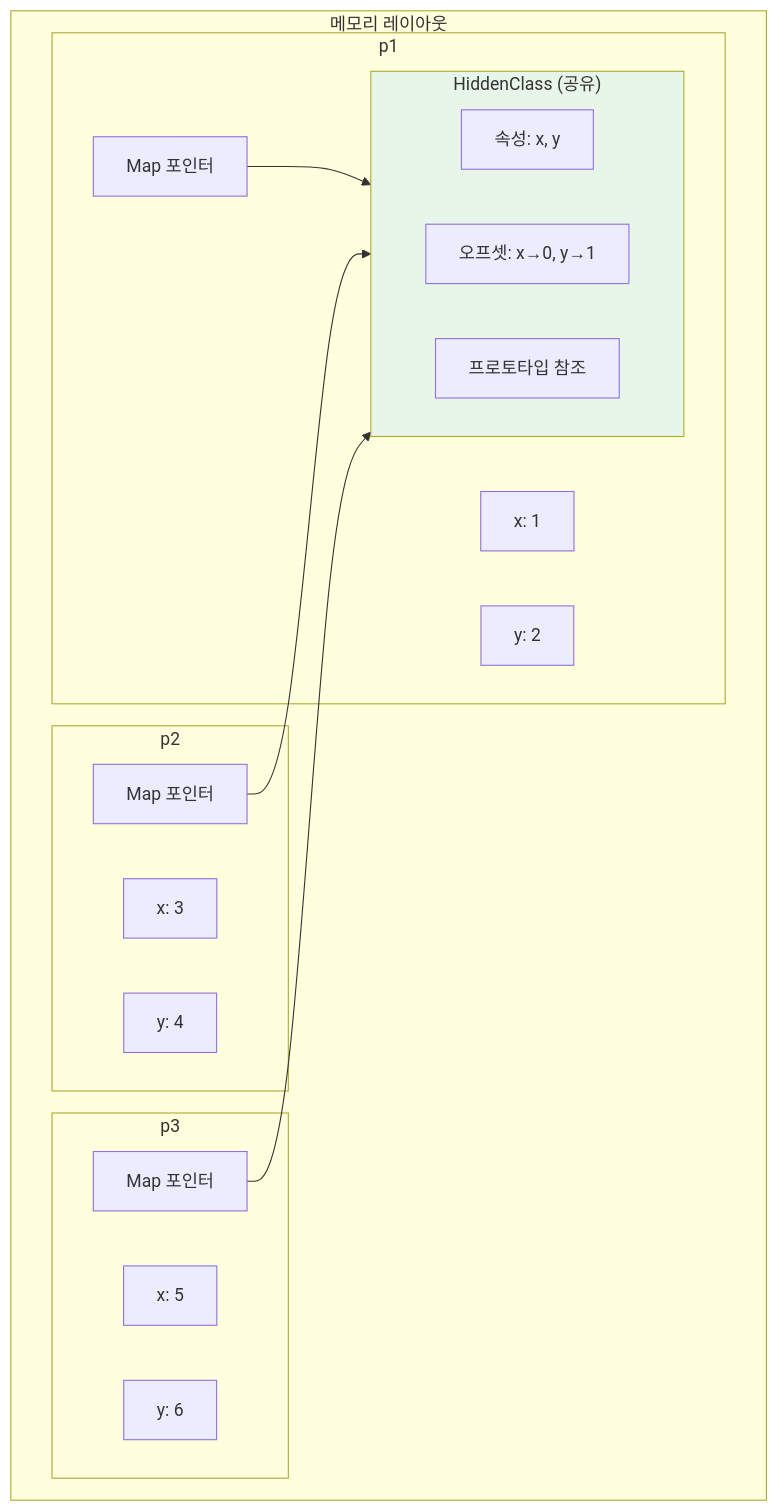
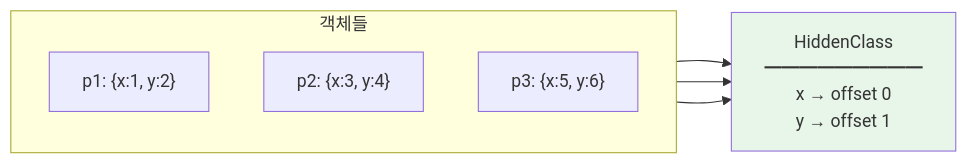
The sixth of 11 diagrams in posts/part1/1-1.V8_엔진_심층_분석.md (yceffort/nodejs-deep-dive), drawn with Mermaid before and after one commit. The commit also changed other lines of this file, not shown here.

````diff
--- a/posts/part1/1-1.V8_엔진_심층_분석.md
+++ b/posts/part1/1-1.V8_엔진_심층_분석.md
@@ -657,30 +657,17 @@
 ```mermaid
-flowchart TB
-    subgraph 메모리구조["메모리 레이아웃"]
-        subgraph p1obj["p1"]
-            p1map["Map 포인터"] --> HC
-            p1x["x: 1"]
-            p1y["y: 2"]
-        end
-
-        subgraph p2obj["p2"]
-            p2map["Map 포인터"] --> HC
-            p2x["x: 3"]
-            p2y["y: 4"]
-        end
-
-        subgraph p3obj["p3"]
-            p3map["Map 포인터"] --> HC
-            p3x["x: 5"]
-            p3y["y: 6"]
-        end
+flowchart LR
+    subgraph Objects["객체들"]
+        direction TB
+        p1["p1: {x:1, y:2}"]
+        p2["p2: {x:3, y:4}"]
+        p3["p3: {x:5, y:6}"]
     end
 
-    subgraph HC["HiddenClass (공유)"]
-        props["속성: x, y"]
-        offsets["오프셋: x→0, y→1"]
-        proto["프로토타입 참조"]
-    end
+    HC["HiddenClass<br/>━━━━━━━━━<br/>x → offset 0<br/>y → offset 1"]
+
+    p1 --> HC
+    p2 --> HC
+    p3 --> HC
 
     style HC fill:#e8f5e9
 ```
````
